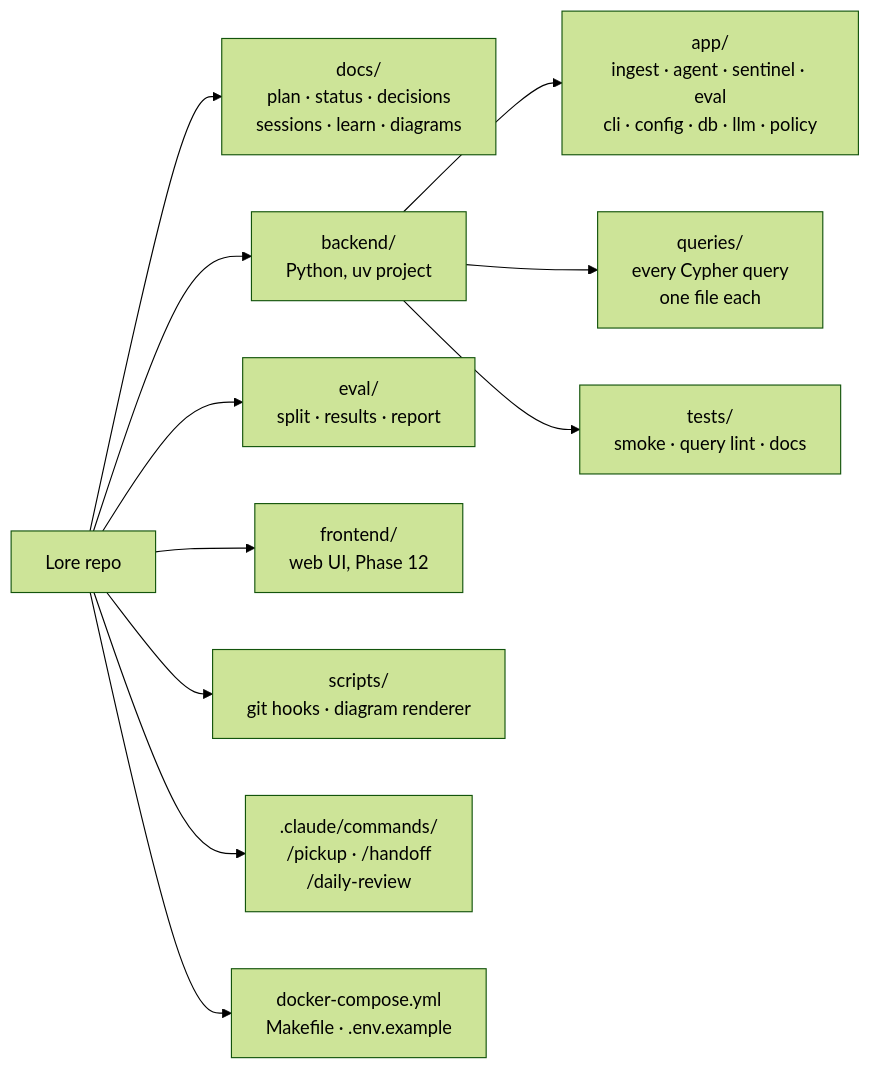
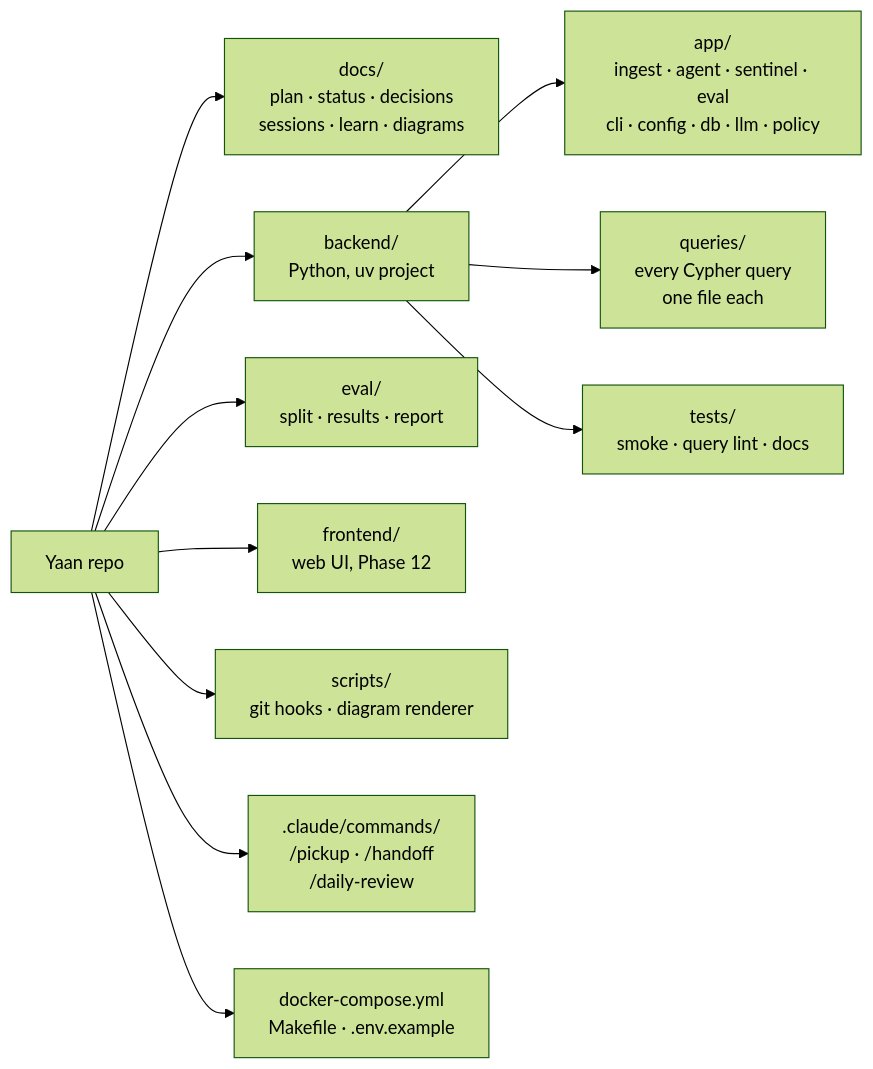
One commit to t-maypat/yaan changed the diagram in docs/diagrams/repo-map.mmd. Above: the diagram before and after it, drawn with Mermaid (forest theme). The commit also changed 204 other files, not shown here.

First line of the commit message:
Phase 22.10: Lore's remaining names become Yaan's; old names still read

```diff
--- a/docs/diagrams/repo-map.mmd
+++ b/docs/diagrams/repo-map.mmd
@@ -1,13 +1,13 @@
 %% Where things live in the repo.
 flowchart LR
-  R["Lore repo"]:::file
+  R["Yaan repo"]:::file
   R --> DOCS["docs/<br/>plan · status · decisions<br/>sessions · learn · diagrams"]:::file
   R --> BE["backend/<br/>Python, uv project"]:::code
   BE --> APP["app/<br/>ingest · agent · sentinel · eval<br/>cli · config · db · llm · policy"]:::code
   BE --> Q["queries/<br/>every Cypher query<br/>one file each"]:::store
   BE --> T["tests/<br/>smoke · query lint · docs"]:::guard
   R --> EV["eval/<br/>split · results · report"]:::store
   R --> FE["frontend/<br/>web UI, Phase 12"]:::ext
   R --> SC["scripts/<br/>git hooks · diagram renderer"]:::guard
   R --> CC[".claude/commands/<br/>/pickup · /handoff<br/>/daily-review"]:::human
   R --> DC["docker-compose.yml<br/>Makefile · .env.example"]:::file
```
